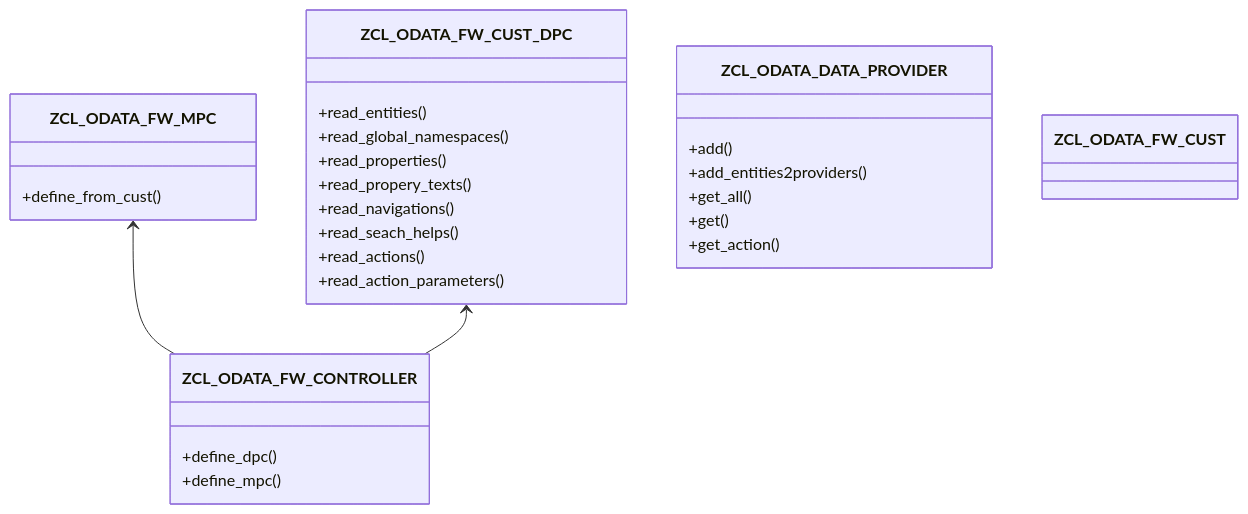
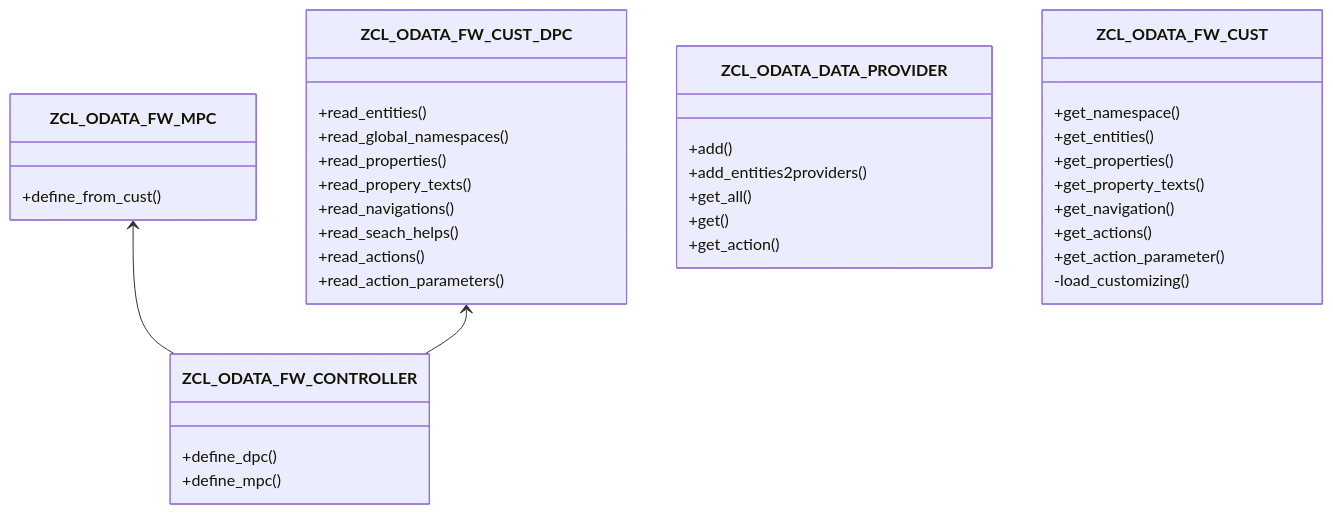
One commit to miggi92/odata-fw changed the diagram in docs/documentation/dev objects/classes/index.md. Above: the diagram before and after it, drawn with Mermaid.

Commit message:
added methods to fw_cust

````diff
--- a/docs/documentation/dev objects/classes/index.md
+++ b/docs/documentation/dev objects/classes/index.md
@@ -21,38 +21,45 @@
 ```mermaid
 classDiagram
 
 	ZCL_ODATA_FW_MPC <-- ZCL_ODATA_FW_CONTROLLER
     ZCL_ODATA_FW_CUST_DPC <-- ZCL_ODATA_FW_CONTROLLER
 
 	class ZCL_ODATA_FW_CONTROLLER{
         +define_dpc()
         +define_mpc()
 	}
 
 	class ZCL_ODATA_FW_MPC{
 		+define_from_cust()
 	}
 
     class ZCL_ODATA_FW_CUST_DPC{
 		+read_entities()
 		+read_global_namespaces()
 		+read_properties()
 		+read_propery_texts()
 		+read_navigations()
 		+read_seach_helps()
 		+read_actions()
 		+read_action_parameters()
 	}
 
 	class ZCL_ODATA_DATA_PROVIDER{
 		+add()
 		+add_entities2providers()
 		+get_all()
 		+get()
 		+get_action()
 	}
 
 	class ZCL_ODATA_FW_CUST{
-		
+		+get_namespace()
+		+get_entities()
+		+get_properties()
+		+get_property_texts()
+		+get_navigation()
+		+get_actions()
+		+get_action_parameter()
+		-load_customizing()
 	}
 ```
````
